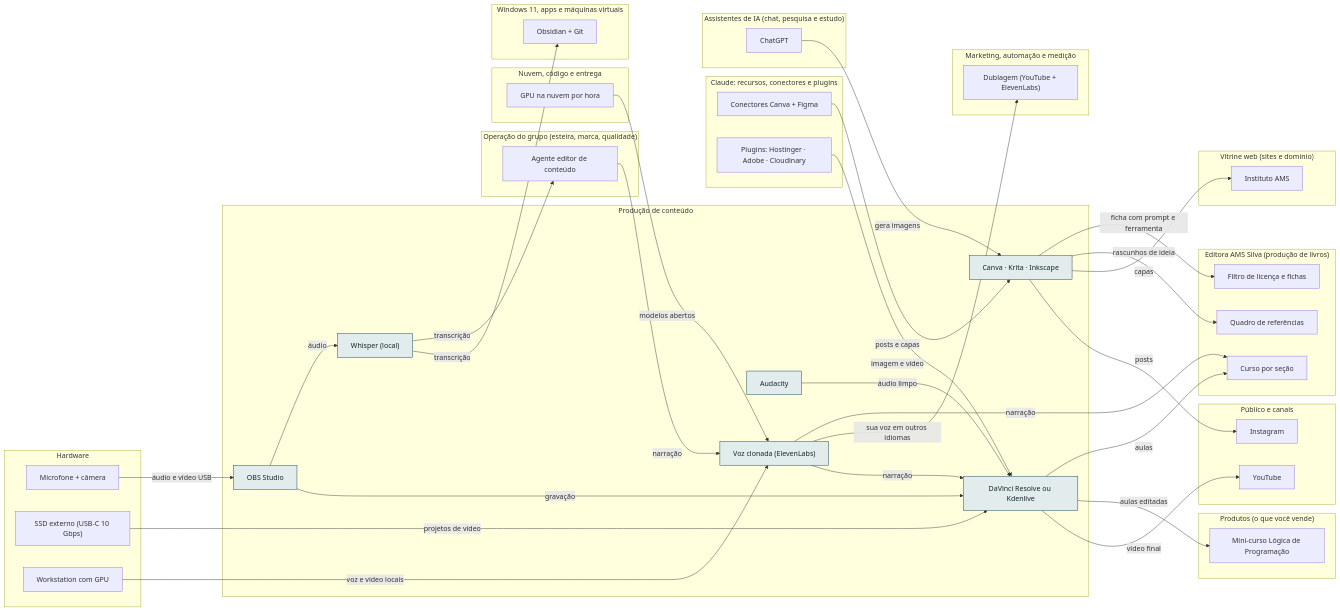
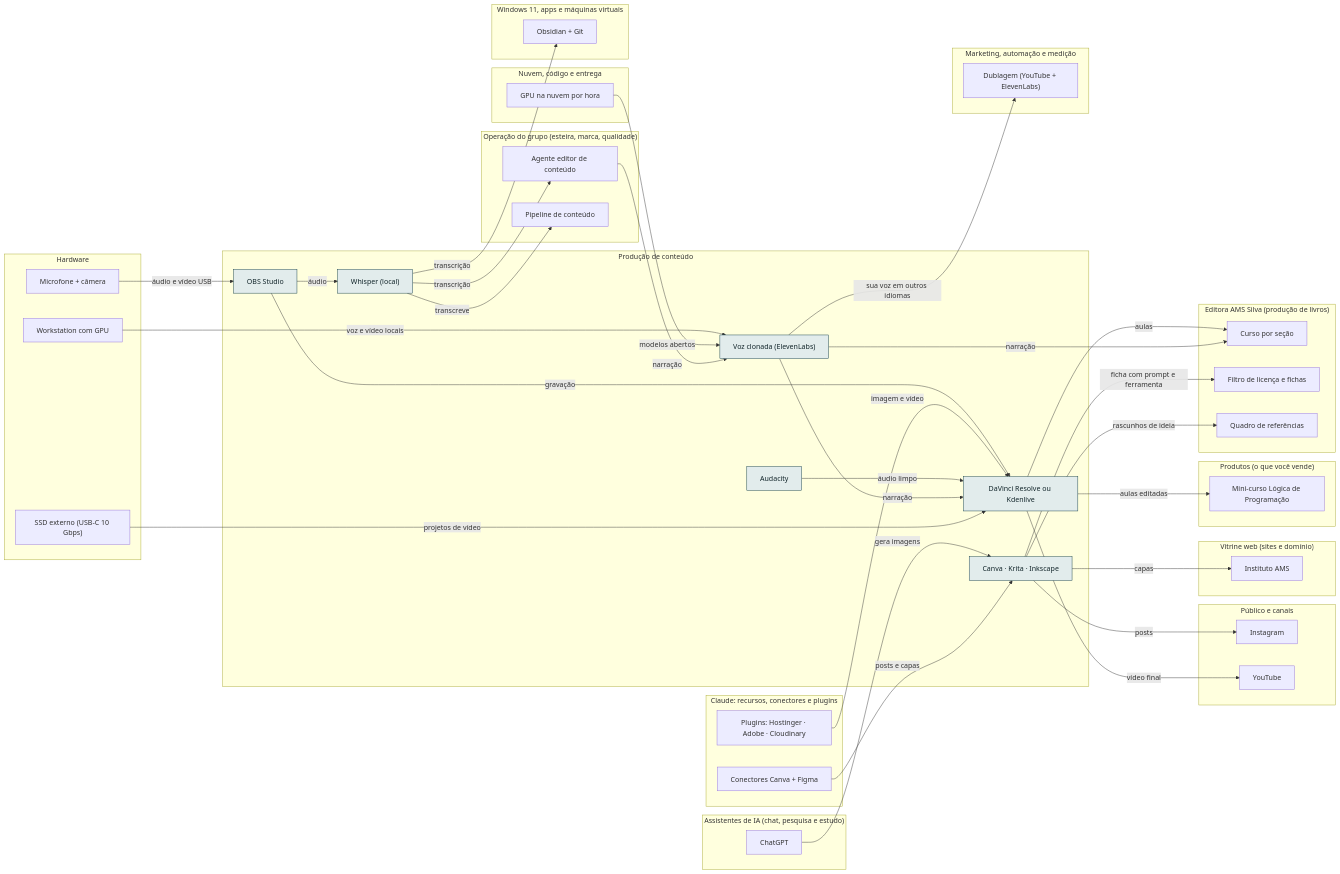
One commit to AlanMateus17/dev-setup changed the diagram in docs/camadas/12-cont.md. Above: the diagram before and after it, drawn with Mermaid. The commit also changed other lines of this file and 41 other files, not shown here.

First line of the commit message:
feat: implantação com instaladores, verificadores, stack de automação e pipeline de conteúdo

````diff
--- a/docs/camadas/12-cont.md
+++ b/docs/camadas/12-cont.md
@@ -14,75 +14,77 @@
 ```mermaid
 flowchart LR
   subgraph L_cont["Produção de conteúdo"]
     n_obss["OBS Studio"]
     n_edit["DaVinci Resolve ou Kdenlive"]
     n_aud["Audacity"]
     n_img["Canva · Krita · Inkscape"]
     n_whis["Whisper (local)"]
     n_voz["Voz clonada (ElevenLabs)"]
   end
   subgraph L_oper["Operação do grupo (esteira, marca, qualidade)"]
     n_oedit["Agente editor de conteúdo"]
+    n_opipe["Pipeline de conteúdo"]
   end
   subgraph L_pub["Público e canais"]
     n_ig["Instagram"]
     n_yt["YouTube"]
   end
   subgraph L_mkt["Marketing, automação e medição"]
     n_dub["Dublagem (YouTube + ElevenLabs)"]
   end
   subgraph L_web["Vitrine web (sites e domínio)"]
     n_inst["Instituto AMS"]
   end
   subgraph L_prod["Produtos (o que você vende)"]
     n_curso["Mini-curso Lógica de Programação"]
   end
   subgraph L_editora["Editora AMS Silva (produção de livros)"]
     n_bcurso["Curso por seção"]
     n_licenca["Filtro de licença e fichas"]
     n_refs["Quadro de referências"]
   end
   subgraph L_nuvem["Nuvem, código e entrega"]
     n_gpuh["GPU na nuvem por hora"]
   end
   subgraph L_clc["Claude: recursos, conectores e plugins"]
     n_ccan["Conectores Canva + Figma"]
     n_phst["Plugins: Hostinger · Adobe · Cloudinary"]
   end
   subgraph L_chat["Assistentes de IA (chat, pesquisa e estudo)"]
     n_gpt["ChatGPT"]
   end
   subgraph L_win["Windows 11, apps e máquinas virtuais"]
     n_obsd["Obsidian + Git"]
   end
   subgraph L_hw["Hardware"]
     n_mic["Microfone + câmera"]
     n_ssdext["SSD externo (USB-C 10 Gbps)"]
     n_ws["Workstation com GPU"]
   end
   n_obss -->|"gravação"| n_edit
   n_obss -->|"áudio"| n_whis
   n_mic -->|"áudio e vídeo USB"| n_obss
   n_edit -->|"vídeo final"| n_yt
   n_edit -->|"aulas editadas"| n_curso
   n_edit -->|"aulas"| n_bcurso
   n_phst -->|"imagem e vídeo"| n_edit
   n_aud -->|"áudio limpo"| n_edit
   n_voz -->|"narração"| n_edit
   n_ssdext -->|"projetos de vídeo"| n_edit
   n_img -->|"posts"| n_ig
   n_img -->|"capas"| n_inst
   n_img -->|"rascunhos de ideia"| n_refs
   n_img -->|"ficha com prompt e ferramenta"| n_licenca
   n_gpt -->|"gera imagens"| n_img
   n_ccan -->|"posts e capas"| n_img
   n_whis -->|"transcrição"| n_obsd
   n_whis -->|"transcrição"| n_oedit
+  n_whis -->|"transcreve"| n_opipe
   n_voz -->|"sua voz em outros idiomas"| n_dub
   n_voz -->|"narração"| n_bcurso
   n_ws -->|"voz e vídeo locais"| n_voz
   n_gpuh -->|"modelos abertos"| n_voz
   n_oedit -->|"narração"| n_voz
   classDef desta fill:#e2ecec,stroke:#0e3a45,color:#13262b
   class n_obss,n_edit,n_aud,n_img,n_whis,n_voz desta
 ```
````
